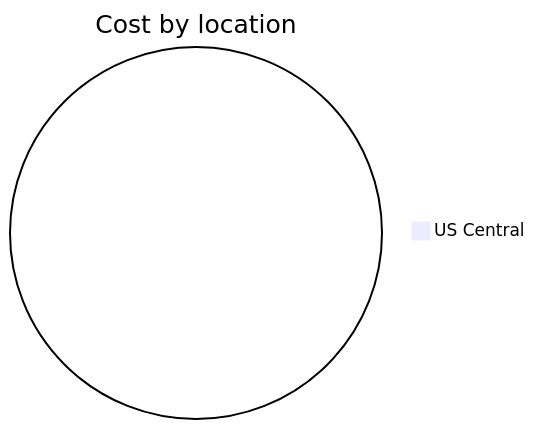
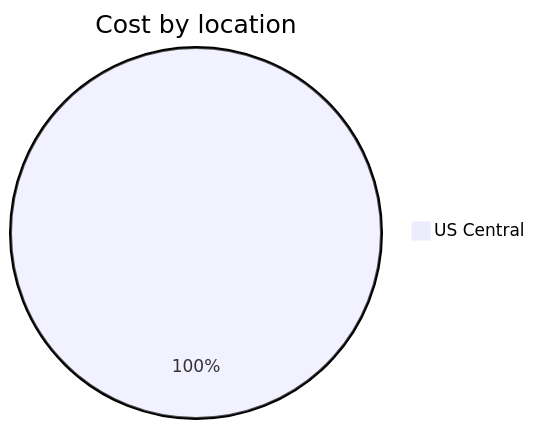
One commit to jpfulton/azure-personal-reports changed the third of 4 diagrams in cost-reports/personal-site/personalsiteapistorage.md. Above: the diagram before and after it, drawn with Mermaid. The commit also changed other lines of this file and 6 other files, not shown here.

````diff
--- a/cost-reports/personal-site/personalsiteapistorage.md
+++ b/cost-reports/personal-site/personalsiteapistorage.md
@@ -107,5 +107,5 @@
 ```mermaid
 pie
    title Cost by location
-   "US Central" : 0.00
+   "US Central" : 0.01
 ```
````
